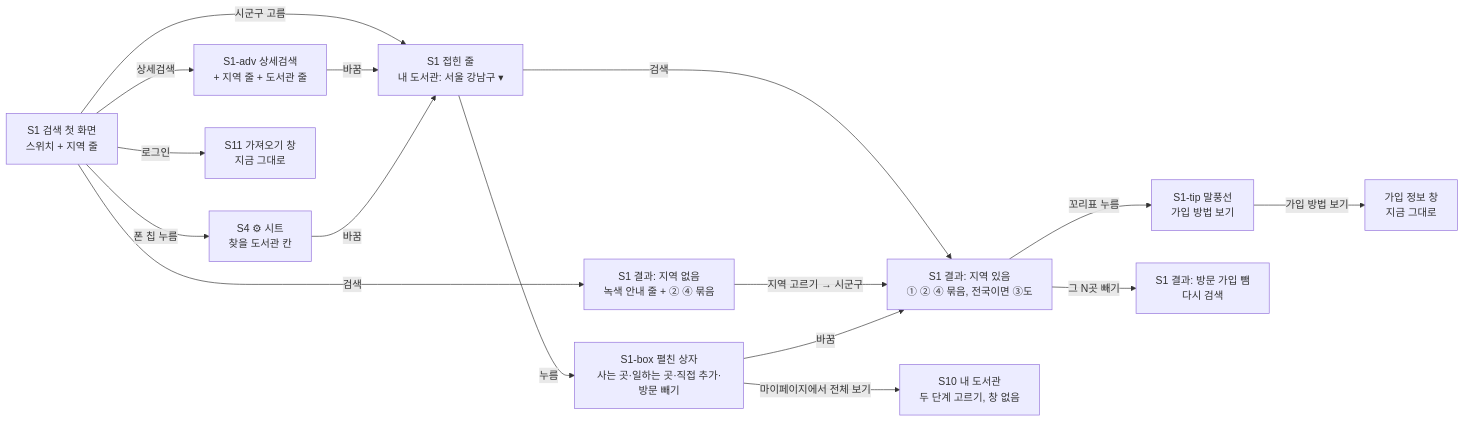
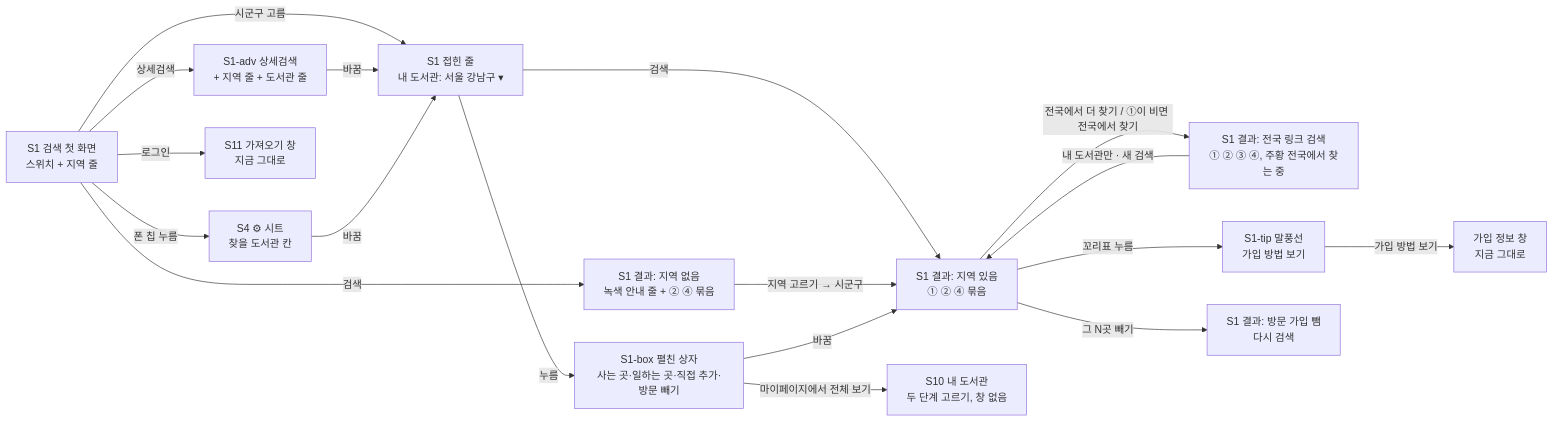
One commit to hodu-sketch/chaekcheck-plan changed the diagram in docs/cycles/22-first-screen-usability/flow.md. Above: the diagram before and after it, drawn with Mermaid. The commit also changed other lines of this file and 2 other files, not shown here.

Commit message:
cycle 22: apply no-switch decision to spec, flow and scope

````diff
--- a/docs/cycles/22-first-screen-usability/flow.md
+++ b/docs/cycles/22-first-screen-usability/flow.md
@@ -7,18 +7,20 @@
 ```mermaid
 flowchart LR
   S1[S1 검색 첫 화면<br>스위치 + 지역 줄] -->|시군구 고름| S1c[S1 접힌 줄<br>내 도서관: 서울 강남구 ▾]
   S1 -->|검색| R0[S1 결과: 지역 없음<br>녹색 안내 줄 + ② ④ 묶음]
-  S1c -->|검색| R1[S1 결과: 지역 있음<br>① ② ④ 묶음, 전국이면 ③도]
+  S1c -->|검색| R1[S1 결과: 지역 있음<br>① ② ④ 묶음]
+  R1 -->|전국에서 더 찾기 / ①이 비면 전국에서 찾기| RN[S1 결과: 전국 링크 검색<br>① ② ③ ④, 주황 전국에서 찾는 중]
+  RN -->|내 도서관만 · 새 검색| R1
   R0 -->|지역 고르기 → 시군구| R1
   S1c -->|누름| BOX[S1-box 펼친 상자<br>사는 곳·일하는 곳·직접 추가·방문 빼기]
   BOX -->|바꿈| R1
   BOX -->|마이페이지에서 전체 보기| S10[S10 내 도서관<br>두 단계 고르기, 창 없음]
   R1 -->|꼬리표 누름| TIP[S1-tip 말풍선<br>가입 방법 보기]
   TIP -->|가입 방법 보기| JOIN[가입 정보 창<br>지금 그대로]
   R1 -->|그 N곳 빼기| R1v[S1 결과: 방문 가입 뺌<br>다시 검색]
   S1 -->|상세검색| ADV[S1-adv 상세검색<br>+ 지역 줄 + 도서관 줄]
   ADV -->|바꿈| S1c
   S1 -->|폰 칩 누름| S4[S4 ⚙ 시트<br>찾을 도서관 칸]
   S4 -->|바꿈| S1c
   S1 -->|로그인| S11[S11 가져오기 창<br>지금 그대로]
 ```
````
